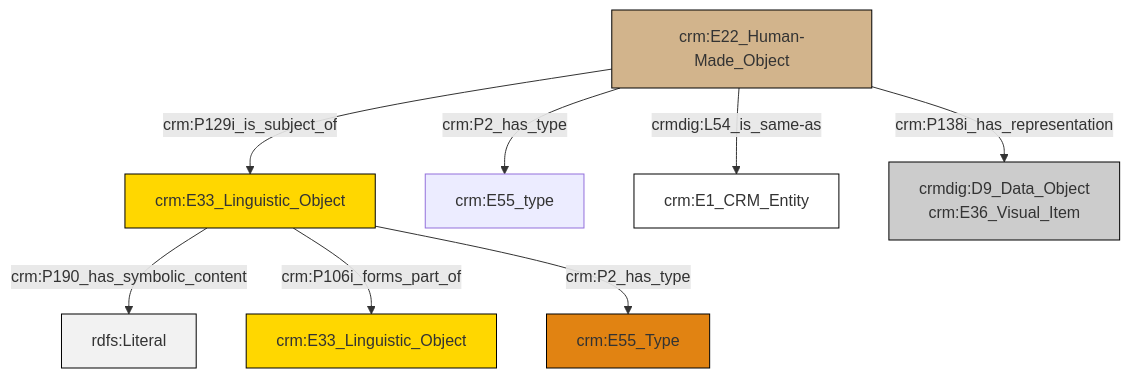
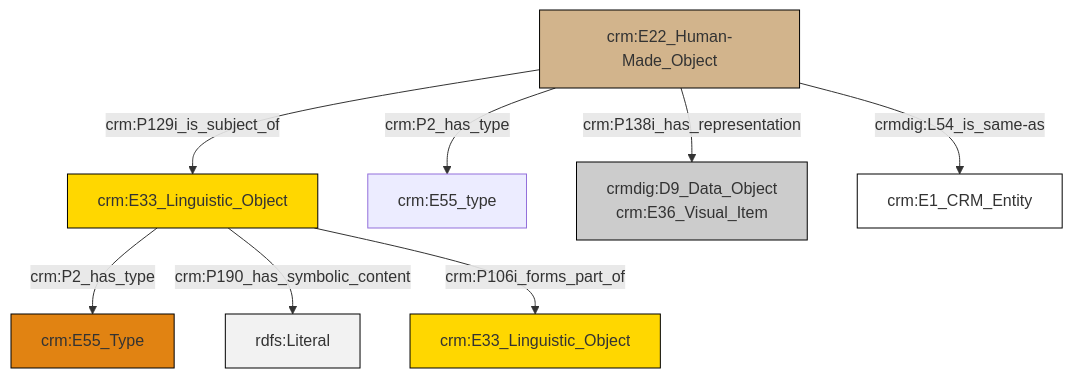
One commit to swiss-art-research-net/docs.swissartresearch changed the diagram in et/artworkCSV/ttl/mmd/Artwork_Documentation.ttl.mmd. Above: the diagram before and after it, drawn with Mermaid. The commit also changed 177 other files, not shown here.

```diff
--- a/et/artworkCSV/ttl/mmd/Artwork_Documentation.ttl.mmd
+++ b/et/artworkCSV/ttl/mmd/Artwork_Documentation.ttl.mmd
@@ -1,22 +1,22 @@
 graph TD
 classDef Literal fill:#f2f2f2,stroke:#000000;
 classDef CRM_Entity fill:#FFFFFF,stroke:#000000;
 classDef Temporal_Entity fill:#00C9E6, stroke:#000000;
 classDef Type fill:#E18312, stroke:#000000;
 classDef Time-Span fill:#2C9C91, stroke:#000000;
 classDef Appellation fill:#FFEB7F, stroke:#000000;
 classDef Place fill:#008836, stroke:#000000;
 classDef Persistent_Item fill:#B266B2, stroke:#000000;
 classDef Conceptual_Object fill:#FFD700, stroke:#000000;
 classDef Physical_Thing fill:#D2B48C, stroke:#000000;
 classDef Actor fill:#f58aad, stroke:#000000;
 classDef PC_Classes fill:#4ce600, stroke:#000000;
 classDef Multi fill:#cccccc,stroke:#000000;
 
-0["crm:E33_Linguistic_Object"]:::Conceptual_Object -->|crm:P190_has_symbolic_content| 1[rdfs:Literal]:::Literal
-6["crm:E22_Human-Made_Object"]:::Physical_Thing -->|crm:P129i_is_subject_of| 0["crm:E33_Linguistic_Object"]:::Conceptual_Object
-6["crm:E22_Human-Made_Object"]:::Physical_Thing -->|crm:P138i_has_representation| 7["crmdig:D9_Data_Object<br>crm:E36_Visual_Item"]:::Multi
-0["crm:E33_Linguistic_Object"]:::Conceptual_Object -->|crm:P106i_forms_part_of| 8["crm:E33_Linguistic_Object"]:::Conceptual_Object
-0["crm:E33_Linguistic_Object"]:::Conceptual_Object -->|crm:P2_has_type| 10["crm:E55_Type"]:::Type
-6["crm:E22_Human-Made_Object"]:::Physical_Thing -->|crmdig:L54_is_same-as| 4["crm:E1_CRM_Entity"]:::CRM_Entity
-6["crm:E22_Human-Made_Object"]:::Physical_Thing -->|crm:P2_has_type| 2["crm:E55_type"]:::Default
+0["crm:E33_Linguistic_Object"]:::Conceptual_Object -->|crm:P2_has_type| 1["crm:E55_Type"]:::Type
+2["crm:E22_Human-Made_Object"]:::Physical_Thing -->|crm:P2_has_type| 3["crm:E55_type"]:::Default
+0["crm:E33_Linguistic_Object"]:::Conceptual_Object -->|crm:P190_has_symbolic_content| 4[rdfs:Literal]:::Literal
+2["crm:E22_Human-Made_Object"]:::Physical_Thing -->|crm:P138i_has_representation| 5["crmdig:D9_Data_Object<br>crm:E36_Visual_Item"]:::Multi
+2["crm:E22_Human-Made_Object"]:::Physical_Thing -->|crmdig:L54_is_same-as| 6["crm:E1_CRM_Entity"]:::CRM_Entity
+0["crm:E33_Linguistic_Object"]:::Conceptual_Object -->|crm:P106i_forms_part_of| 13["crm:E33_Linguistic_Object"]:::Conceptual_Object
+2["crm:E22_Human-Made_Object"]:::Physical_Thing -->|crm:P129i_is_subject_of| 0["crm:E33_Linguistic_Object"]:::Conceptual_Object
```
